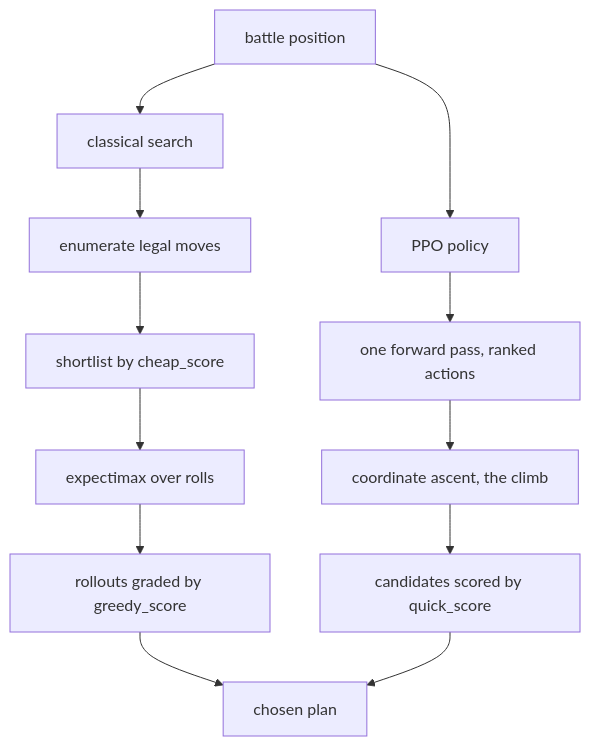
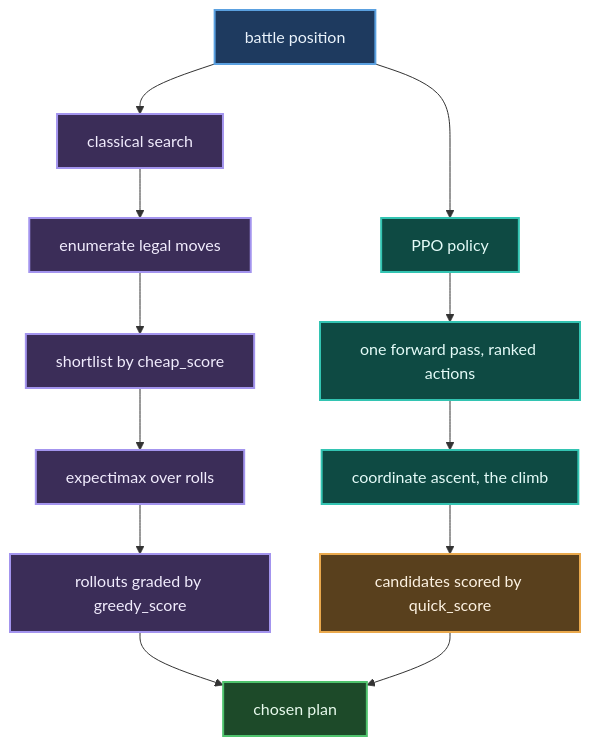
One commit to Angle-Brackets/TTRSolver changed the third of 7 diagrams in README.md. Above: the diagram before and after it, drawn with Mermaid. The commit also changed other lines of this file, not shown here.

First line of the commit message:
README: current architecture, consumables, and coloured diagrams

````diff
--- a/README.md
+++ b/README.md
@@ -234,14 +318,26 @@
 ```mermaid
 flowchart TD
     P[battle position] --> A[classical search]
     P --> B[PPO policy]
     A --> A1[enumerate legal moves]
     A1 --> A2[shortlist by cheap_score]
     A2 --> A3[expectimax over rolls]
     A3 --> A4[rollouts graded by greedy_score]
     A4 --> M[chosen plan]
     B --> B1[one forward pass, ranked actions]
     B1 --> B2[coordinate ascent, the climb]
     B2 --> B3[candidates scored by quick_score]
     B3 --> M
+
+    classDef pos fill:#1e3a5f,stroke:#5aa0e0,stroke-width:2px,color:#eaf3fc
+    classDef search fill:#3b2d58,stroke:#a394ee,stroke-width:2px,color:#f1ecfd
+    classDef policy fill:#0e4a43,stroke:#33c4b2,stroke-width:2px,color:#e4fbf8
+    classDef score fill:#59401d,stroke:#eaa94d,stroke-width:2px,color:#fdf2e2
+    classDef result fill:#1d4a29,stroke:#4fc36d,stroke-width:2px,color:#e8faed
+    classDef chance fill:#4a3550,stroke:#c07ad6,stroke-width:2px,color:#f9ecfc
+    class P pos
+    class A,A1,A2,A3,A4 search
+    class B,B1,B2 policy
+    class B3 score
+    class M result
 ```
````
